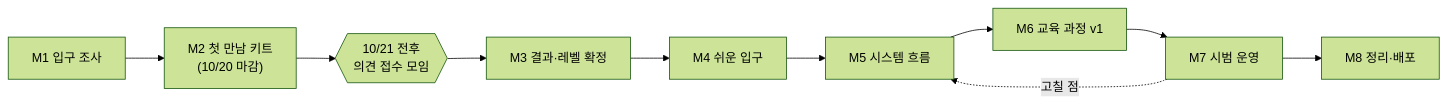
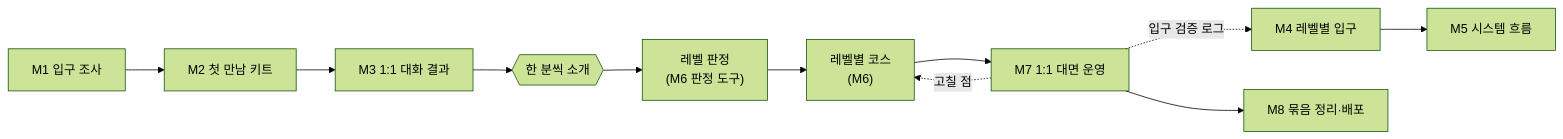
Before and after one commit to solkit70/CatchUpAI_VL: the diagram in Topics/Senior-AI-Enablement/vl_roadmap/20261011_RoadMap_Senior-AI-Enablement.md, drawn with Mermaid (forest theme). The commit also changed other lines of this file and 124 other files, not shown here.

````diff
--- a/Topics/Senior-AI-Enablement/vl_roadmap/20261011_RoadMap_Senior-AI-Enablement.md
+++ b/Topics/Senior-AI-Enablement/vl_roadmap/20261011_RoadMap_Senior-AI-Enablement.md
@@ -47,12 +68,13 @@
 ```mermaid
 flowchart LR
-    M1["M1 입구 조사"] --> M2["M2 첫 만남 키트<br/>(10/20 마감)"]
-    M2 --> L{{"10/21 전후<br/>의견 접수 모임"}}
-    L --> M3["M3 결과·레벨 확정"]
-    M3 --> M4["M4 쉬운 입구"]
+    M1["M1 입구 조사"] --> M2["M2 첫 만남 키트"]
+    M2 --> M3["M3 1:1 대화 결과"]
+    M3 --> J{{"한 분씩 소개"}}
+    J --> LV["레벨 판정<br/>(M6 판정 도구)"]
+    LV --> C["레벨별 코스<br/>(M6)"]
+    C --> M7["M7 1:1 대면 운영"]
+    M7 -.->|"고칠 점"| C
+    M7 -.->|"입구 검증 로그"| M4["M4 레벨별 입구"]
     M4 --> M5["M5 시스템 흐름"]
-    M5 --> M6["M6 교육 과정 v1"]
-    M6 --> M7["M7 시범 운영"]
-    M7 --> M8["M8 정리·배포"]
-    M7 -.->|"고칠 점"| M5
+    M7 --> M8["M8 묶음 정리·배포"]
 ```
````
